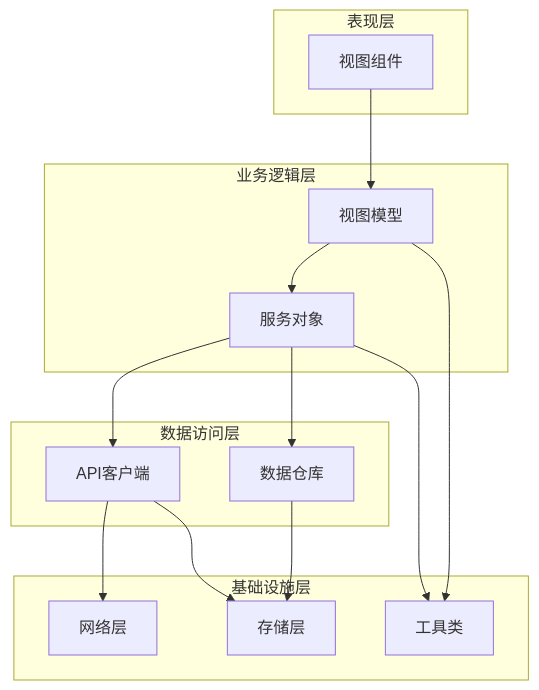
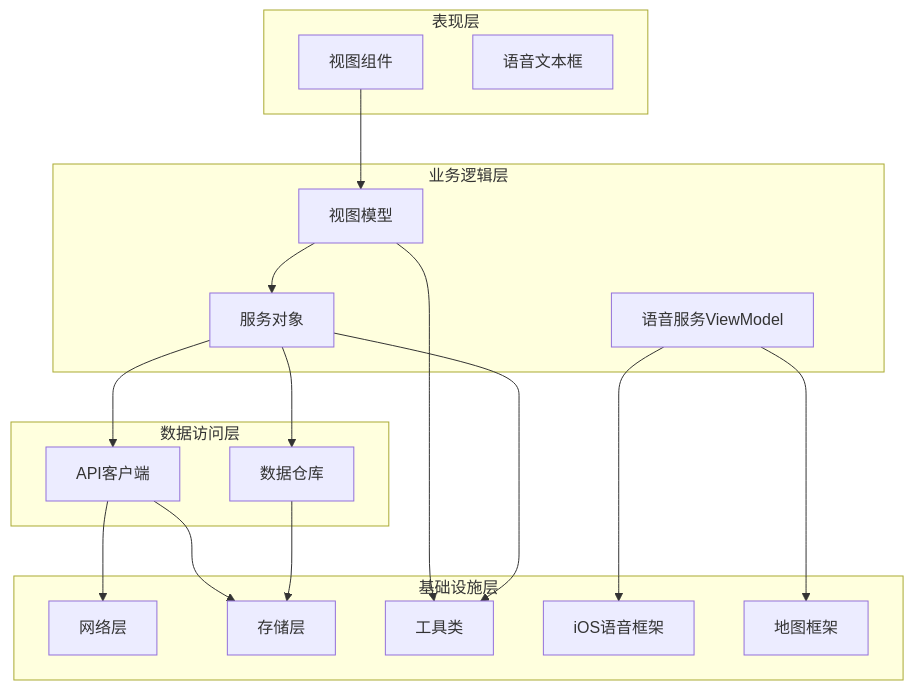
Before and after one commit to Jayden23018/blind-run-ios: the tenth of 10 diagrams in .qoder/repowiki/zh/content/核心功能模块/盲人跑者功能/预约创建系统.md, drawn with Mermaid. The commit also changed other lines of this file and 14 other files, not shown here.

Commit message:
Improve blind runner booking map and speech input flows

````diff
--- a/.qoder/repowiki/zh/content/核心功能模块/盲人跑者功能/预约创建系统.md
+++ b/.qoder/repowiki/zh/content/核心功能模块/盲人跑者功能/预约创建系统.md
@@ -418,28 +523,34 @@
 ```mermaid
 graph TD
 subgraph "表现层"
 Views[视图组件]
+VoiceTextField[语音文本框]
 end
 subgraph "业务逻辑层"
 ViewModels[视图模型]
 Services[服务对象]
+SpeechVM[语音服务ViewModel]
 end
 subgraph "数据访问层"
 APIClient[API客户端]
 Repositories[数据仓库]
 end
 subgraph "基础设施层"
 Network[网络层]
 Storage[存储层]
 Utils[工具类]
+SpeechFramework[iOS语音框架]
+MapFramework[地图框架]
 end
 Views --> ViewModels
 ViewModels --> Services
 Services --> APIClient
 APIClient --> Network
 APIClient --> Storage
 Services --> Repositories
 Repositories --> Storage
 ViewModels --> Utils
 Services --> Utils
+SpeechVM --> SpeechFramework
+SpeechVM --> MapFramework
 ```
````
